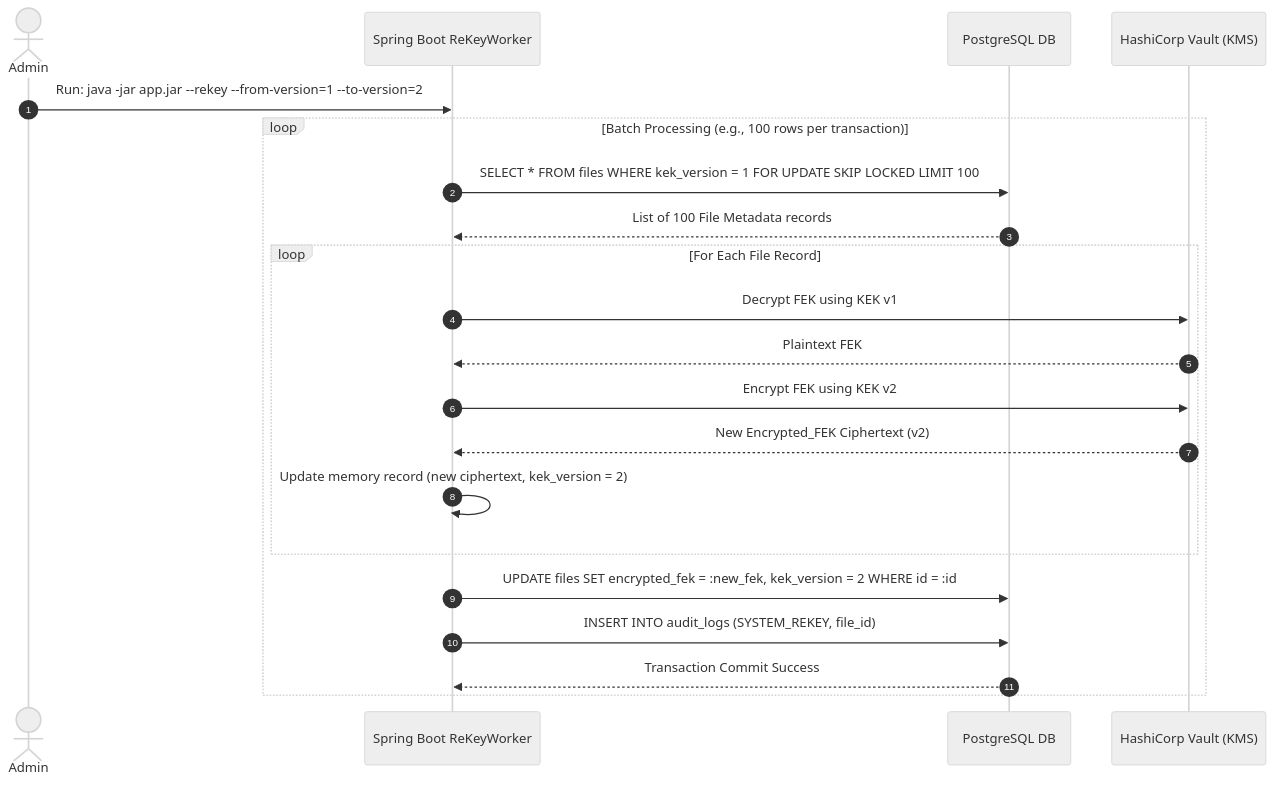
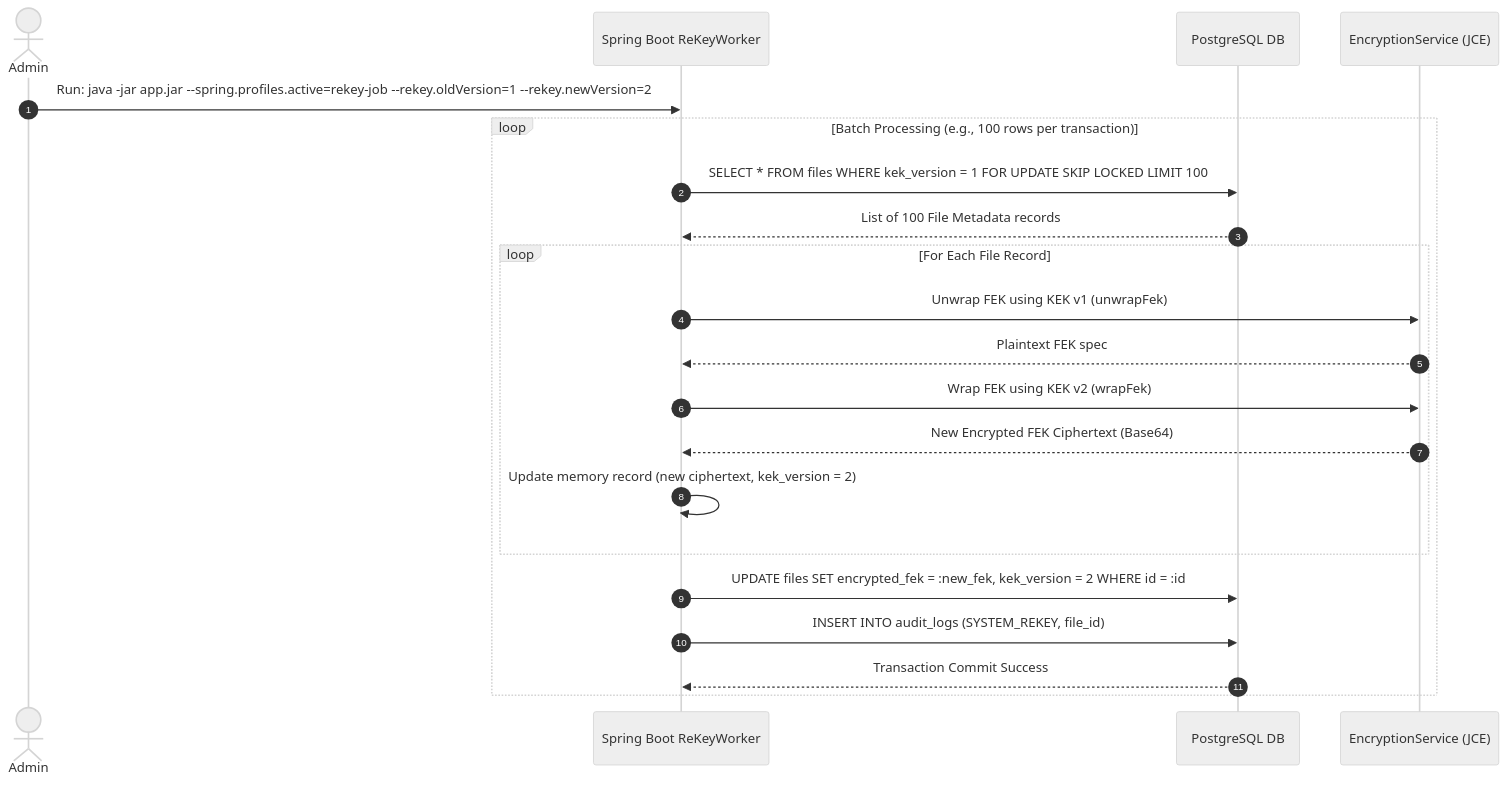
Before and after one commit to Dhruv0306/cloudshare-app: the second of 2 diagrams in docs/system-design/secrets-key-management.md, drawn with Mermaid (neutral theme). The commit also changed other lines of this file and 7 other files, not shown here.

````diff
--- a/docs/system-design/secrets-key-management.md
+++ b/docs/system-design/secrets-key-management.md
@@ -83,24 +85,24 @@
 ```mermaid
 sequenceDiagram
     autonumber
     actor Admin
     participant Worker as Spring Boot ReKeyWorker
     participant DB as PostgreSQL DB
-    participant Vault as HashiCorp Vault (KMS)
+    participant JCE as EncryptionService (JCE)
 
-    Admin->>Worker: Run: java -jar app.jar --rekey --from-version=1 --to-version=2
+    Admin->>Worker: Run: java -jar app.jar --spring.profiles.active=rekey-job --rekey.oldVersion=1 --rekey.newVersion=2
     loop Batch Processing (e.g., 100 rows per transaction)
         Worker->>DB: SELECT * FROM files WHERE kek_version = 1 FOR UPDATE SKIP LOCKED LIMIT 100
         DB-->>Worker: List of 100 File Metadata records
         loop For Each File Record
-            Worker->>Vault: Decrypt FEK using KEK v1
-            Vault-->>Worker: Plaintext FEK
-            Worker->>Vault: Encrypt FEK using KEK v2
-            Vault-->>Worker: New Encrypted_FEK Ciphertext (v2)
+            Worker->>JCE: Unwrap FEK using KEK v1 (unwrapFek)
+            JCE-->>Worker: Plaintext FEK spec
+            Worker->>JCE: Wrap FEK using KEK v2 (wrapFek)
+            JCE-->>Worker: New Encrypted FEK Ciphertext (Base64)
             Worker->>Worker: Update memory record (new ciphertext, kek_version = 2)
         end
         Worker->>DB: UPDATE files SET encrypted_fek = :new_fek, kek_version = 2 WHERE id = :id
         Worker->>DB: INSERT INTO audit_logs (SYSTEM_REKEY, file_id)
         DB-->>Worker: Transaction Commit Success
     end
 ```
````
